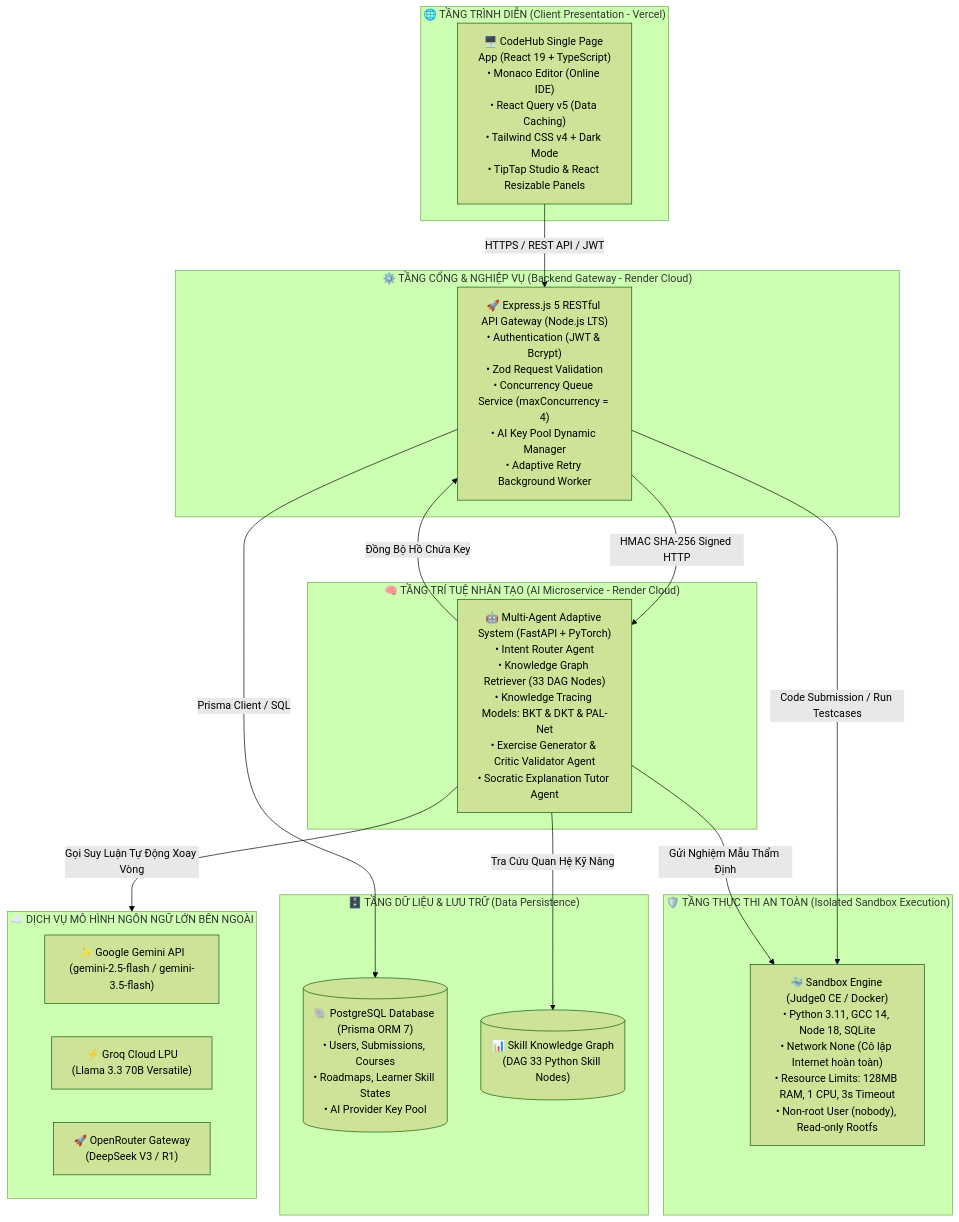
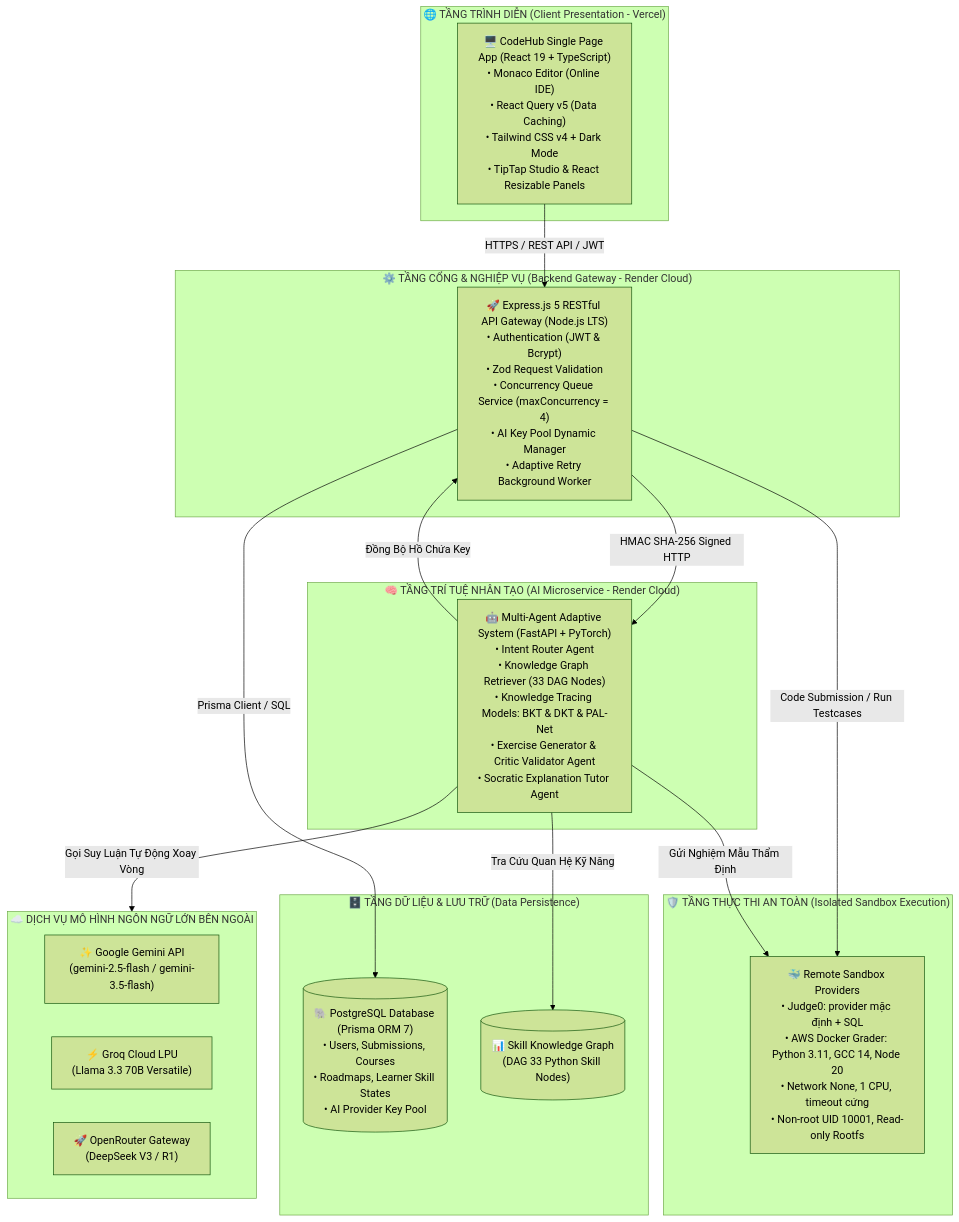
One commit to nguyentuanviet12k1d22cntt02-eng/codehub changed the first of 3 diagrams in PROJECT_STRUCTURE.md. Above: the diagram before and after it, drawn with Mermaid (forest theme). The commit also changed other lines of this file and 31 other files, not shown here.

Commit message:
feat: add AWS Docker grading service

````diff
--- a/PROJECT_STRUCTURE.md
+++ b/PROJECT_STRUCTURE.md
@@ -291,38 +294,38 @@
 ```mermaid
 graph TB
     subgraph ClientLayer["🌐 TẦNG TRÌNH DIỄN (Client Presentation - Vercel)"]
         UI["🖥️ CodeHub Single Page App (React 19 + TypeScript)<br>• Monaco Editor (Online IDE)<br>• React Query v5 (Data Caching)<br>• Tailwind CSS v4 + Dark Mode<br>• TipTap Studio & React Resizable Panels"]
     end
 
     subgraph GatewayLayer["⚙️ TẦNG CỔNG & NGHIỆP VỤ (Backend Gateway - Render Cloud)"]
         GW["🚀 Express.js 5 RESTful API Gateway (Node.js LTS)<br>• Authentication (JWT & Bcrypt)<br>• Zod Request Validation<br>• Concurrency Queue Service (maxConcurrency = 4)<br>• AI Key Pool Dynamic Manager<br>• Adaptive Retry Background Worker"]
     end
 
     subgraph AILayer["🧠 TẦNG TRÍ TUỆ NHÂN TẠO (AI Microservice - Render Cloud)"]
         AI["🤖 Multi-Agent Adaptive System (FastAPI + PyTorch)<br>• Intent Router Agent<br>• Knowledge Graph Retriever (33 DAG Nodes)<br>• Knowledge Tracing Models: BKT & DKT & PAL-Net<br>• Exercise Generator & Critic Validator Agent<br>• Socratic Explanation Tutor Agent"]
     end
 
     subgraph SandboxLayer["🛡️ TẦNG THỰC THI AN TOÀN (Isolated Sandbox Execution)"]
-        SB["🐳 Sandbox Engine (Judge0 CE / Docker)<br>• Python 3.11, GCC 14, Node 18, SQLite<br>• Network None (Cô lập Internet hoàn toàn)<br>• Resource Limits: 128MB RAM, 1 CPU, 3s Timeout<br>• Non-root User (nobody), Read-only Rootfs"]
+        SB["🐳 Remote Sandbox Providers<br>• Judge0: provider mặc định + SQL<br>• AWS Docker Grader: Python 3.11, GCC 14, Node 20<br>• Network None, 1 CPU, timeout cứng<br>• Non-root UID 10001, Read-only Rootfs"]
     end
 
     subgraph DataLayer["🗄️ TẦNG DỮ LIỆU & LƯU TRỮ (Data Persistence)"]
         DB[("🐘 PostgreSQL Database (Prisma ORM 7)<br>• Users, Submissions, Courses<br>• Roadmaps, Learner Skill States<br>• AI Provider Key Pool")]
         KG[("📊 Skill Knowledge Graph<br>(DAG 33 Python Skill Nodes)")]
     end
 
     subgraph ExternalLLM["☁️ DỊCH VỤ MÔ HÌNH NGÔN NGỮ LỚN BÊN NGOÀI"]
         LLM1["✨ Google Gemini API<br>(gemini-2.5-flash / gemini-3.5-flash)"]
         LLM2["⚡ Groq Cloud LPU<br>(Llama 3.3 70B Versatile)"]
         LLM3["🚀 OpenRouter Gateway<br>(DeepSeek V3 / R1)"]
     end
 
     UI -->|HTTPS / REST API / JWT| GW
     GW -->|Prisma Client / SQL| DB
     GW -->|HMAC SHA-256 Signed HTTP| AI
     GW -->|Code Submission / Run Testcases| SB
     AI -->|Tra Cứu Quan Hệ Kỹ Năng| KG
     AI -->|Gửi Nghiệm Mẫu Thẩm Định| SB
     AI -->|Đồng Bộ Hồ Chứa Key| GW
     AI -->|Gọi Suy Luận Tự Động Xoay Vòng| ExternalLLM
 ```
````
